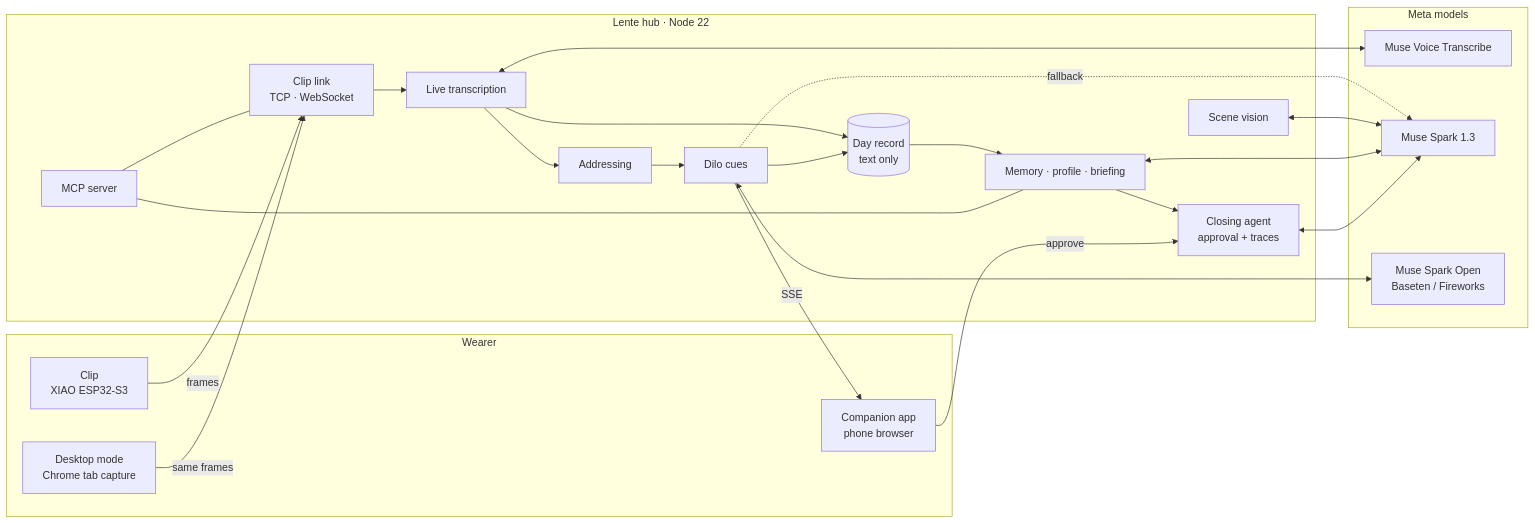
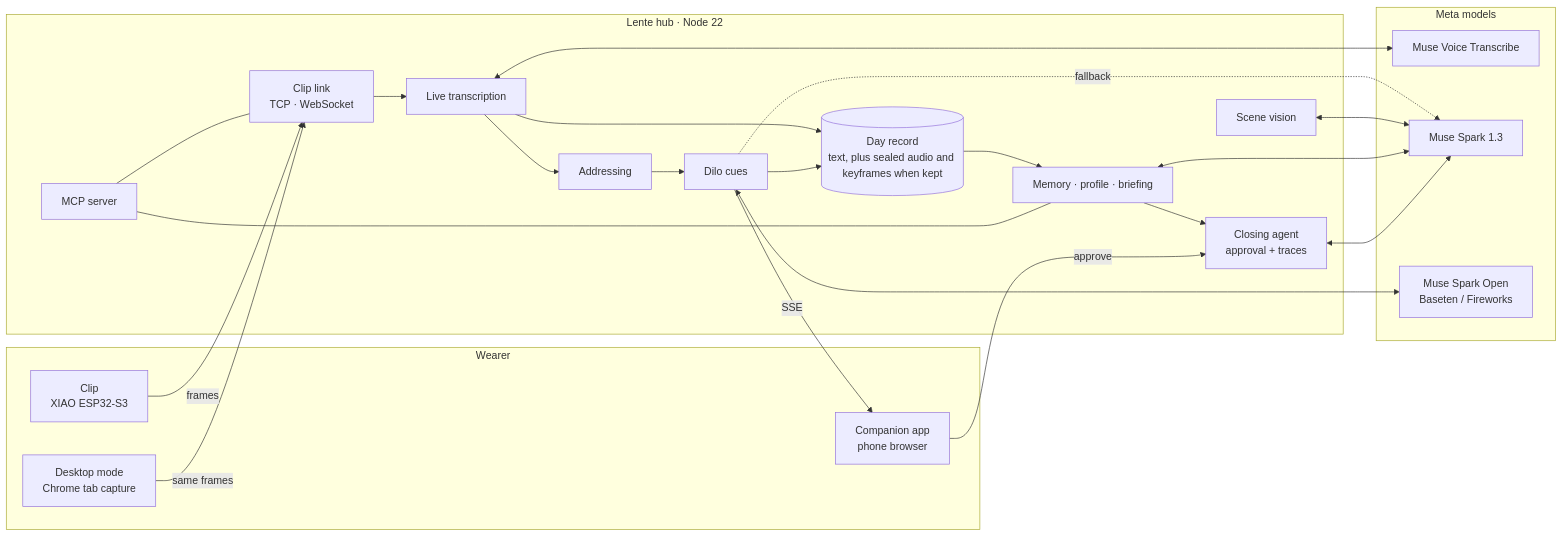
The diagram in docs/architecture.md (ruloCode/lente), drawn with Mermaid before and after one commit. The commit also changed other lines of this file and 36 other files, not shown here.

````diff
--- a/docs/architecture.md
+++ b/docs/architecture.md
@@ -27,40 +27,40 @@
 ```mermaid
 flowchart LR
   subgraph Wearer
     clip[Clip<br/>XIAO ESP32-S3]
     phone[Companion app<br/>phone browser]
     desk[Desktop mode<br/>Chrome tab capture]
   end
   subgraph Hub[Lente hub · Node 22]
     link[Clip link<br/>TCP · WebSocket]
     asr[Live transcription]
     addr[Addressing]
     cues[Dilo cues]
     vision[Scene vision]
     mem[Memory · profile · briefing]
     agent[Closing agent<br/>approval + traces]
     mcp[MCP server]
-    day[(Day record<br/>text only)]
+    day[(Day record<br/>text, plus sealed audio and keyframes when kept)]
   end
   subgraph Meta[Meta models]
     vt[Muse Voice Transcribe]
     s13[Muse Spark 1.3]
     so[Muse Spark Open<br/>Baseten / Fireworks]
   end
   clip -- frames --> link
   desk -- same frames --> link
   link --> asr --> addr --> cues
   asr <--> vt
   cues <--> so
   cues -. fallback .-> s13
   vision <--> s13
   mem <--> s13
   agent <--> s13
   asr --> day
   cues --> day
   day --> mem --> agent
   cues -- SSE --> phone
   phone -- approve --> agent
   mcp --- mem
   mcp --- link
 ```
````
